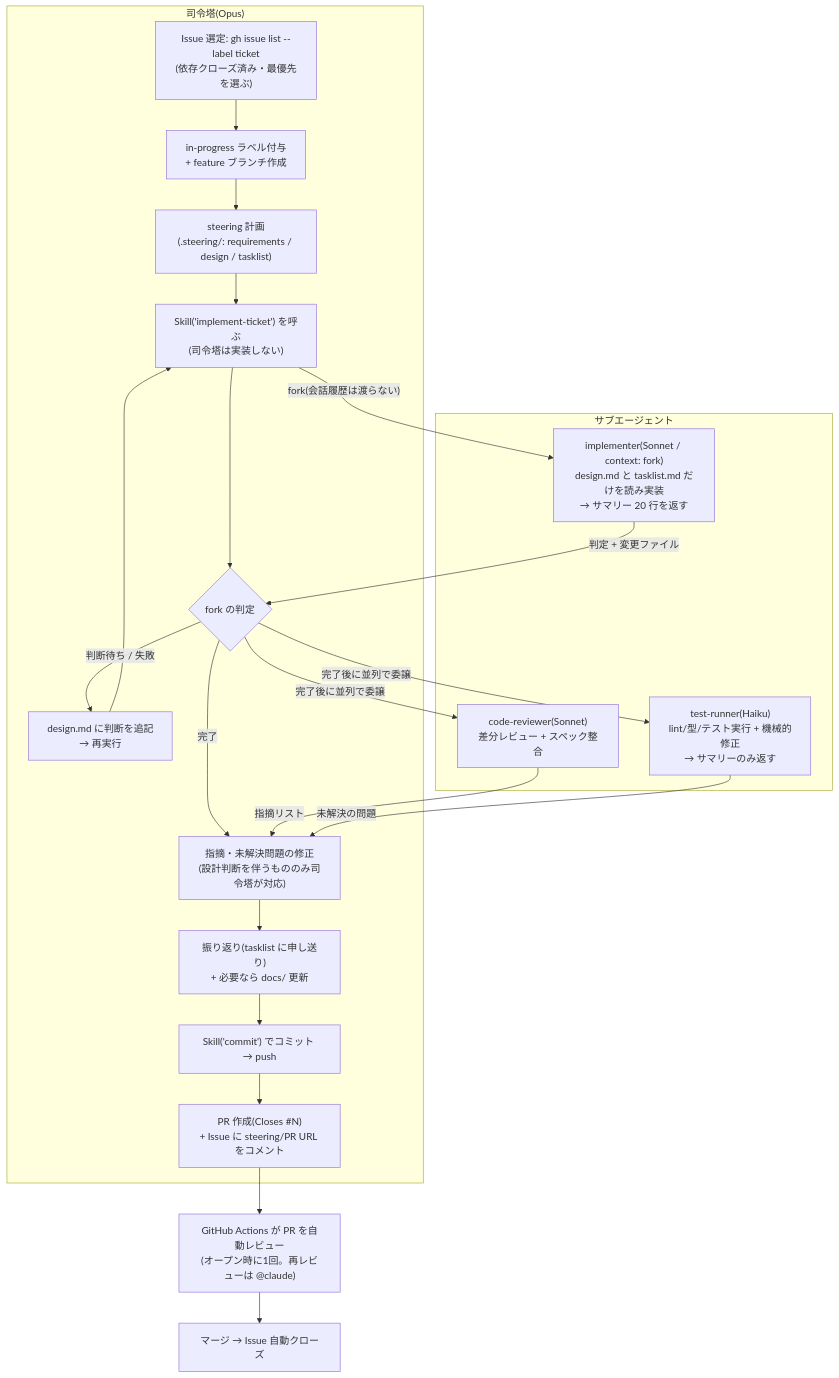
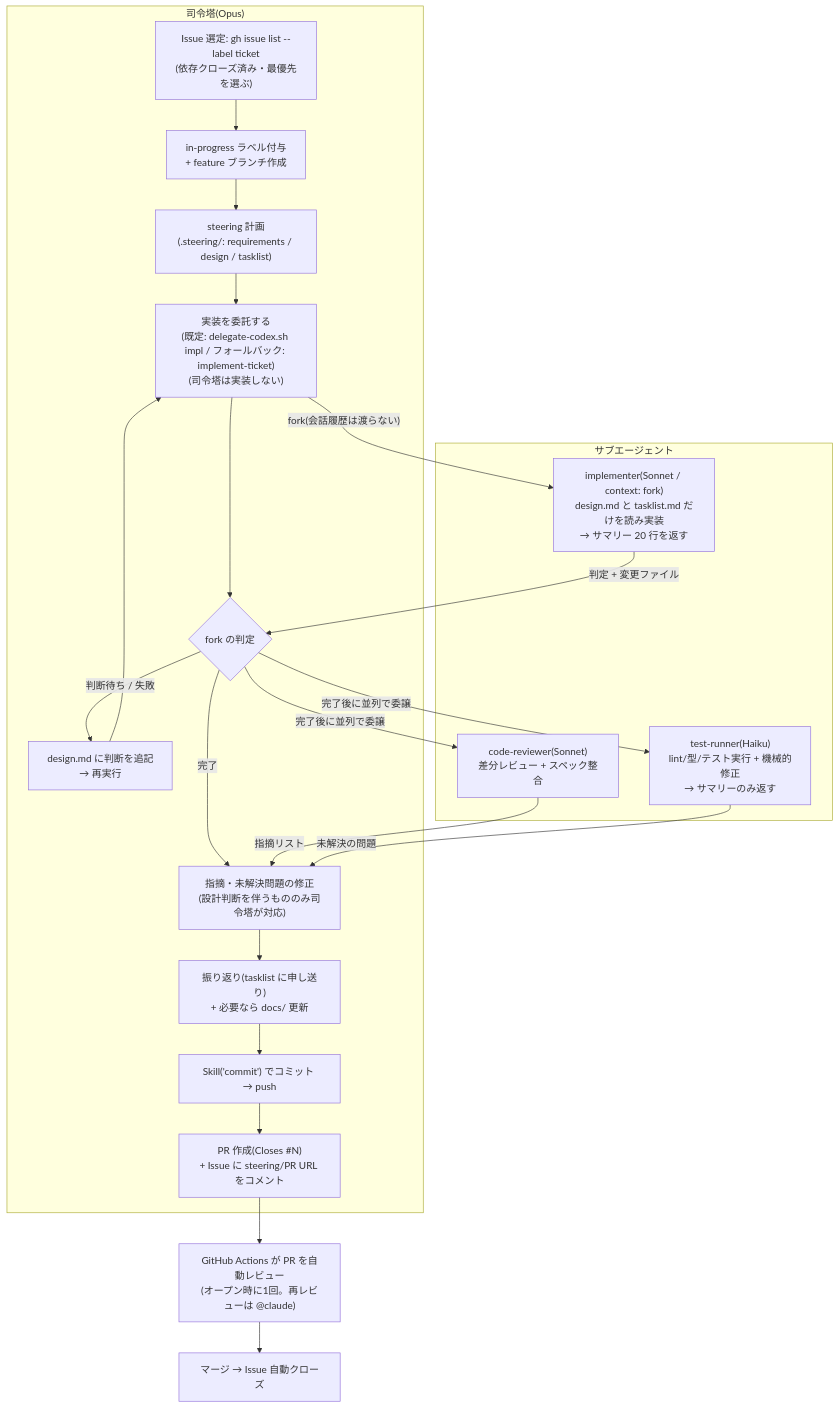
The second of 2 diagrams in README.md (fuji18/claude-codex-template), drawn with Mermaid before and after one commit. The commit also changed other lines of this file and 10 other files, not shown here.

First line of the commit message:
feat: delegate:codex ラベルでチケット丸ごとの委託を成立させる

````diff
--- a/README.md
+++ b/README.md
@@ -142,28 +142,28 @@
 ```mermaid
 flowchart TD
     subgraph MAIN["司令塔(Opus)"]
         SELECT["Issue 選定: gh issue list --label ticket<br/>(依存クローズ済み・最優先を選ぶ)"] --> LABEL["in-progress ラベル付与<br/>+ feature ブランチ作成"]
         LABEL --> PLAN["steering 計画<br/>(.steering/: requirements / design / tasklist)"]
-        PLAN --> DELEGATE["Skill('implement-ticket') を呼ぶ<br/>(司令塔は実装しない)"]
+        PLAN --> DELEGATE["実装を委託する<br/>(既定: delegate-codex.sh impl / フォールバック: implement-ticket)<br/>(司令塔は実装しない)"]
         DELEGATE --> JUDGE{"fork の判定"}
         JUDGE -->|"判断待ち / 失敗"| DESIGN["design.md に判断を追記<br/>→ 再実行"]
         DESIGN --> DELEGATE
         JUDGE -->|"完了"| FIX["指摘・未解決問題の修正<br/>(設計判断を伴うもののみ司令塔が対応)"]
         FIX --> RETRO["振り返り(tasklist に申し送り)<br/>+ 必要なら docs/ 更新"]
         RETRO --> COMMIT["Skill('commit') でコミット → push"]
         COMMIT --> PR["PR 作成(Closes #N)<br/>+ Issue に steering/PR URL をコメント"]
     end
     subgraph SUB["サブエージェント"]
         IMPL["implementer(Sonnet / context: fork)<br/>design.md と tasklist.md だけを読み実装<br/>→ サマリー 20 行を返す"]
         REVIEW["code-reviewer(Sonnet)<br/>差分レビュー + スペック整合"]
         CHECK["test-runner(Haiku)<br/>lint/型/テスト実行 + 機械的修正<br/>→ サマリーのみ返す"]
     end
     DELEGATE -->|"fork(会話履歴は渡らない)"| IMPL
     IMPL -->|"判定 + 変更ファイル"| JUDGE
     JUDGE -->|"完了後に並列で委譲"| REVIEW
     JUDGE -->|"完了後に並列で委譲"| CHECK
     REVIEW -->|"指摘リスト"| FIX
     CHECK -->|"未解決の問題"| FIX
     PR --> ACTIONS["GitHub Actions が PR を自動レビュー<br/>(オープン時に1回。再レビューは @claude)"]
     ACTIONS --> DONE["マージ → Issue 自動クローズ"]
 ```
````
